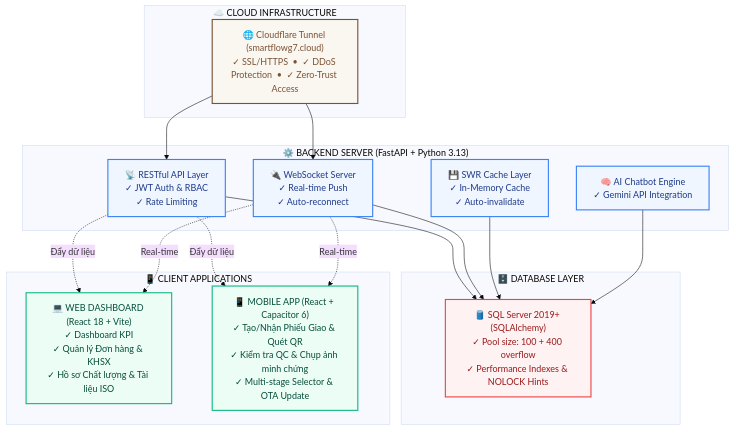
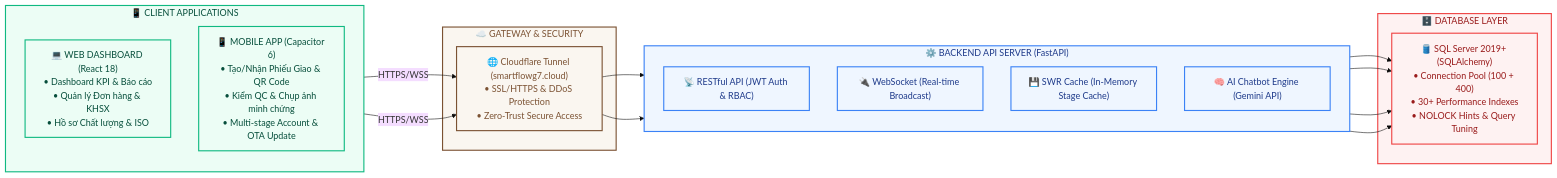
One commit to ChauVanPhuc/Dev changed the diagram in README.md. Above: the diagram before and after it, drawn with Mermaid (base theme).

Commit message:
style: optimize system architecture diagram to horizontal Left-to-Right layout in README

````diff
--- a/README.md
+++ b/README.md
@@ -73,48 +73,50 @@
 ```mermaid
-flowchart TD
+flowchart LR
     %% Styling Classes
     classDef cloud fill:#FAF6F0,stroke:#7B5233,stroke-width:2px,color:#7B5233;
     classDef server fill:#EFF6FF,stroke:#3B82F6,stroke-width:2px,color:#1E3A8A;
     classDef client fill:#ECFDF5,stroke:#10B981,stroke-width:2px,color:#064E3B;
     classDef db fill:#FEF2F2,stroke:#EF4444,stroke-width:2px,color:#991B1B;
 
-    %% Nodes
-    subgraph Cloud ["☁️ CLOUD INFRASTRUCTURE"]
-        CF["🌐 Cloudflare Tunnel (smartflowg7.cloud)<br>✓ SSL/HTTPS  •  ✓ DDoS Protection  •  ✓ Zero-Trust Access"]
+    %% Client Subgraph (Left)
+    subgraph Clients ["📱 CLIENT APPLICATIONS"]
+        direction TB
+        Web["💻 WEB DASHBOARD (React 18)<br>• Dashboard KPI & Báo cáo<br>• Quản lý Đơn hàng & KHSX<br>• Hồ sơ Chất lượng & ISO"]
+        Mobile["📱 MOBILE APP (Capacitor 6)<br>• Tạo/Nhận Phiếu Giao & QR Code<br>• Kiểm QC & Chụp ảnh minh chứng<br>• Multi-stage Account & OTA Update"]
     end
+    class Clients,Web,Mobile client;
 
-    subgraph Backend ["⚙️ BACKEND SERVER (FastAPI + Python 3.13)"]
-        API["📡 RESTful API Layer<br>✓ JWT Auth & RBAC<br>✓ Rate Limiting"]
-        WS["🔌 WebSocket Server<br>✓ Real-time Push<br>✓ Auto-reconnect"]
-        Cache["💾 SWR Cache Layer<br>✓ In-Memory Cache<br>✓ Auto-invalidate"]
-        AI["🧠 AI Chatbot Engine<br>✓ Gemini API Integration"]
+    %% Cloud/Gateway Subgraph (Center-Left)
+    subgraph Gateway ["☁️ GATEWAY & SECURITY"]
+        CF["🌐 Cloudflare Tunnel (smartflowg7.cloud)<br>• SSL/HTTPS & DDoS Protection<br>• Zero-Trust Secure Access"]
     end
+    class Gateway,CF cloud;
 
-    subgraph DB_Group ["🗄️ DATABASE LAYER"]
-        DB["🛢️ SQL Server 2019+ (SQLAlchemy)<br>✓ Pool size: 100 + 400 overflow<br>✓ Performance Indexes & NOLOCK Hints"]
+    %% Backend Subgraph (Center-Right)
+    subgraph Backend ["⚙️ BACKEND API SERVER (FastAPI)"]
+        direction TB
+        API["📡 RESTful API (JWT Auth & RBAC)"]
+        WS["🔌 WebSocket (Real-time Broadcast)"]
+        Cache["💾 SWR Cache (In-Memory Stage Cache)"]
+        AI["🧠 AI Chatbot Engine (Gemini API)"]
     end
+    class Backend,API,WS,Cache,AI server;
 
-    subgraph Clients ["📱 CLIENT APPLICATIONS"]
-        Web["💻 WEB DASHBOARD (React 18 + Vite)<br>✓ Dashboard KPI<br>✓ Quản lý Đơn hàng & KHSX<br>✓ Hồ sơ Chất lượng & Tài liệu ISO"]
-        Mobile["📱 MOBILE APP (React + Capacitor 6)<br>✓ Tạo/Nhận Phiếu Giao & Quét QR<br>✓ Kiểm tra QC & Chụp ảnh minh chứng<br>✓ Multi-stage Selector & OTA Update"]
+    %% Database Subgraph (Right)
+    subgraph Database ["🗄️ DATABASE LAYER"]
+        DB["🛢️ SQL Server 2019+ (SQLAlchemy)<br>• Connection Pool (100 + 400)<br>• 30+ Performance Indexes<br>• NOLOCK Hints & Query Tuning"]
     end
+    class Database,DB db;
 
-    %% Apply Classes
-    class CF cloud;
-    class API,WS,Cache,AI server;
-    class DB db;
-    class Web,Mobile client;
-
-    %% Relations
+    %% Horizontal Flow Relations
+    Web -- HTTPS/WSS --> CF
+    Mobile -- HTTPS/WSS --> CF
+    
     CF --> API
     CF --> WS
+    
     API --> DB
     WS --> DB
     Cache --> DB
     AI --> DB
-
-    API -.->|Đẩy dữ liệu| Web
-    API -.->|Đẩy dữ liệu| Mobile
-    WS -.->|Real-time| Web
-    WS -.->|Real-time| Mobile
 ```
````
